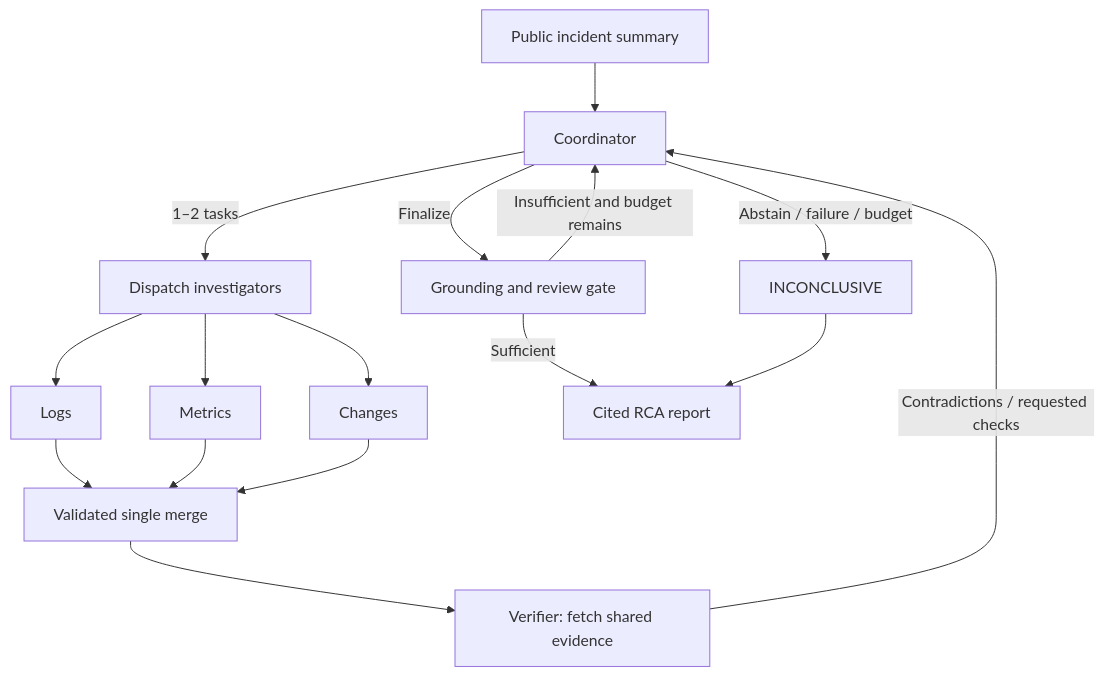
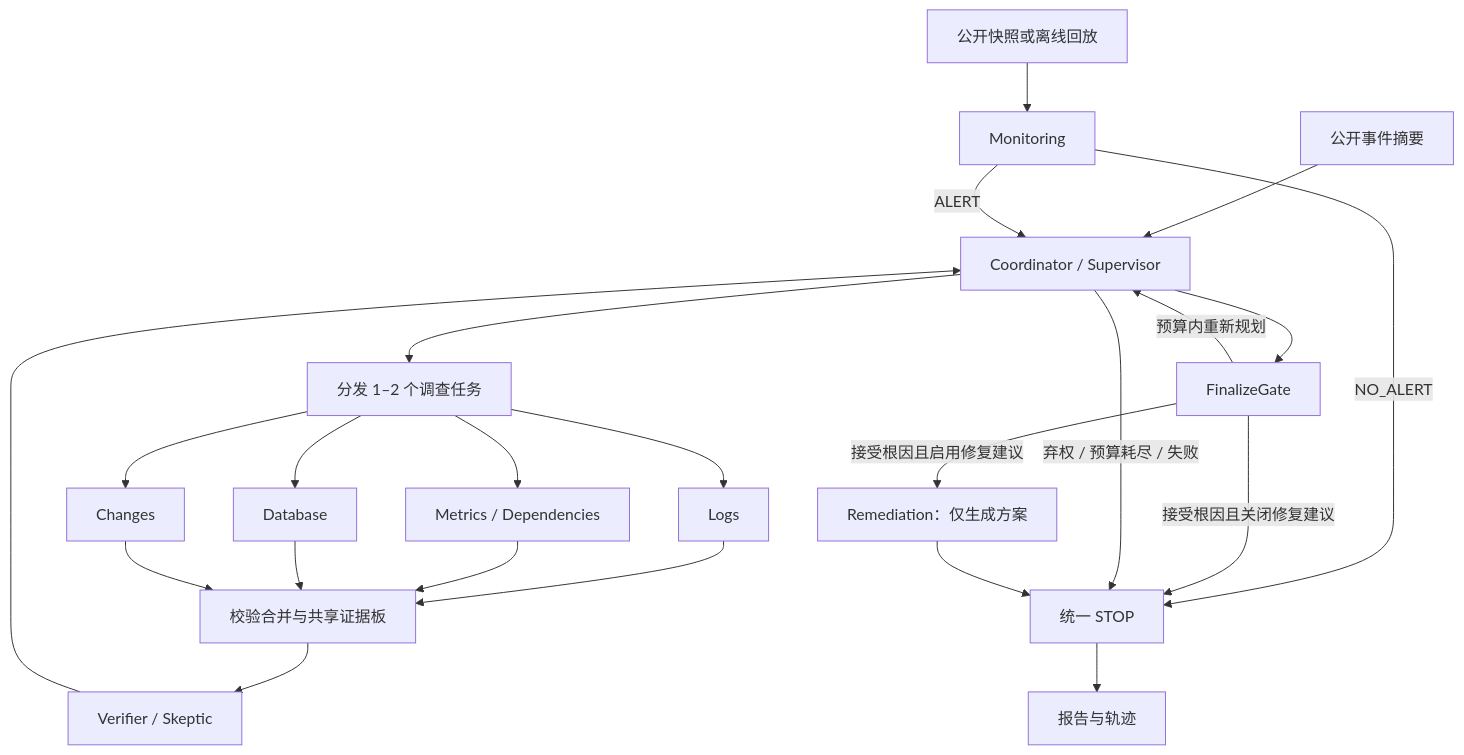
Before and after one commit to celvelzel/IncidentLens: the diagram in README.zh-CN.md, drawn with Mermaid. The commit also changed other lines of this file and 1 other file, not shown here.

Commit message:
docs: refresh bilingual agent architecture and usage

````diff
--- a/README.zh-CN.md
+++ b/README.zh-CN.md
@@ -77,18 +73,40 @@
 ```mermaid
 flowchart TD
-    Input[Public incident summary] --> C[Coordinator]
-    C -->|1–2 tasks| D[Dispatch investigators]
-    D --> L[Logs]
-    D --> M[Metrics]
-    D --> X[Changes]
-    L --> B[Validated single merge]
+    I["公开事件摘要"]
+    P["公开快照或离线回放"]
+    N["Monitoring"]
+    C["Coordinator / Supervisor"]
+    D["分发 1–2 个调查任务"]
+    L["Logs"]
+    M["Metrics / Dependencies"]
+    DB["Database"]
+    X["Changes"]
+    B["校验合并与共享证据板"]
+    V["Verifier / Skeptic"]
+    G["FinalizeGate"]
+    R["Remediation：仅生成方案"]
+    S["统一 STOP"]
+    O["报告与轨迹"]
+    I --> C
+    P --> N
+    N -->|ALERT| C
+    N -->|NO_ALERT| S
+    C --> D
+    D --> L
+    D --> M
+    D --> DB
+    D --> X
+    L --> B
     M --> B
+    DB --> B
     X --> B
-    B --> V[Verifier: fetch shared evidence]
-    V -->|Contradictions / requested checks| C
-    C -->|Finalize| G[Grounding and review gate]
-    G -->|Insufficient and budget remains| C
-    G -->|Sufficient| R[Cited RCA report]
-    C -->|Abstain / failure / budget| A[INCONCLUSIVE]
-    A --> R
+    B --> V
+    V --> C
+    C --> G
+    G -->|预算内重新规划| C
+    G -->|接受根因且启用修复建议| R
+    G -->|接受根因且关闭修复建议| S
+    C -->|弃权 / 预算耗尽 / 失败| S
+    R --> S
+    S --> O
 ```
````
